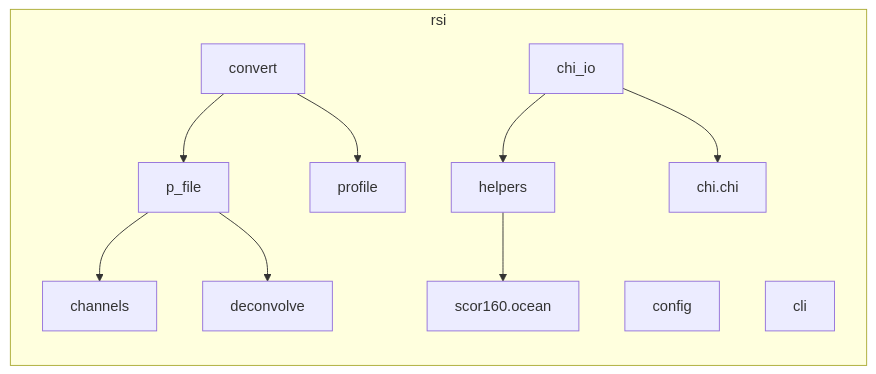
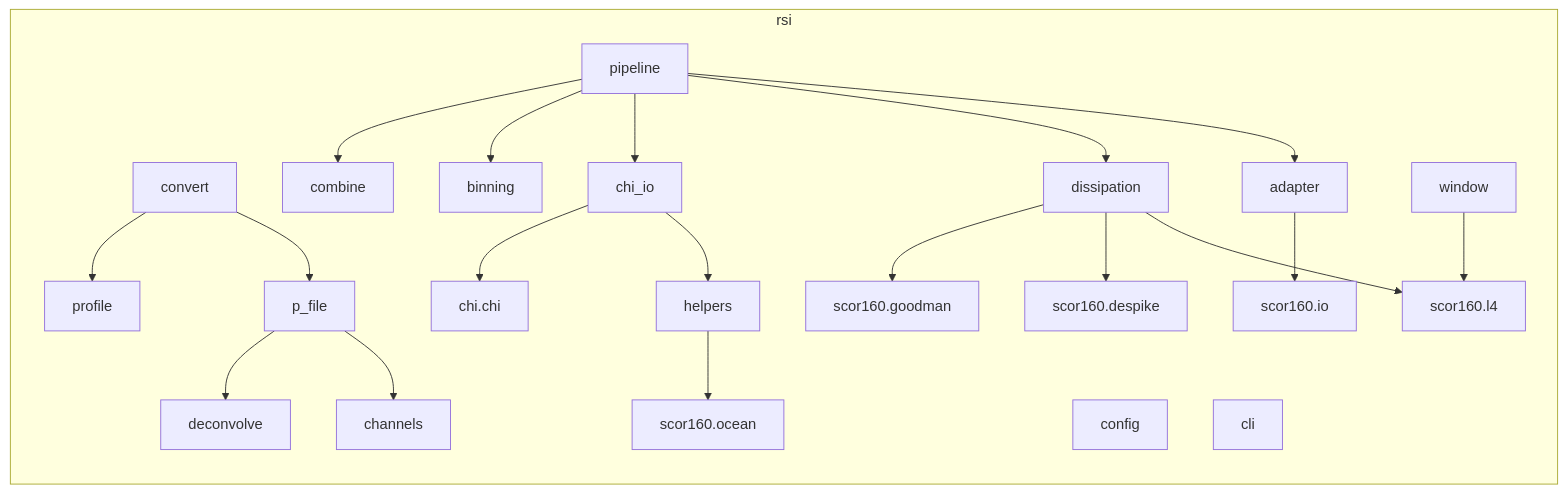
The fourth of 6 diagrams in docs/ARCHITECTURE.md (mousebrains/turbulence), drawn with Mermaid before and after one commit. The commit also changed other lines of this file and 10 other files, not shown here.

````diff
--- a/docs/ARCHITECTURE.md
+++ b/docs/ARCHITECTURE.md
@@ -141,15 +162,25 @@
 ```mermaid
 graph LR
     subgraph rsi
         p_file --> channels
         p_file --> deconvolve
         convert --> p_file
         convert --> profile
         helpers --> scor160.ocean
+        dissipation --> scor160.l4
+        dissipation --> scor160.despike
+        dissipation --> scor160.goodman
         chi_io --> helpers
         chi_io --> chi.chi
+        adapter --> scor160.io
+        pipeline --> adapter
+        pipeline --> dissipation
+        pipeline --> chi_io
+        pipeline --> binning
+        pipeline --> combine
+        window --> scor160.l4
         profile
         config
         cli
     end
 ```
````
